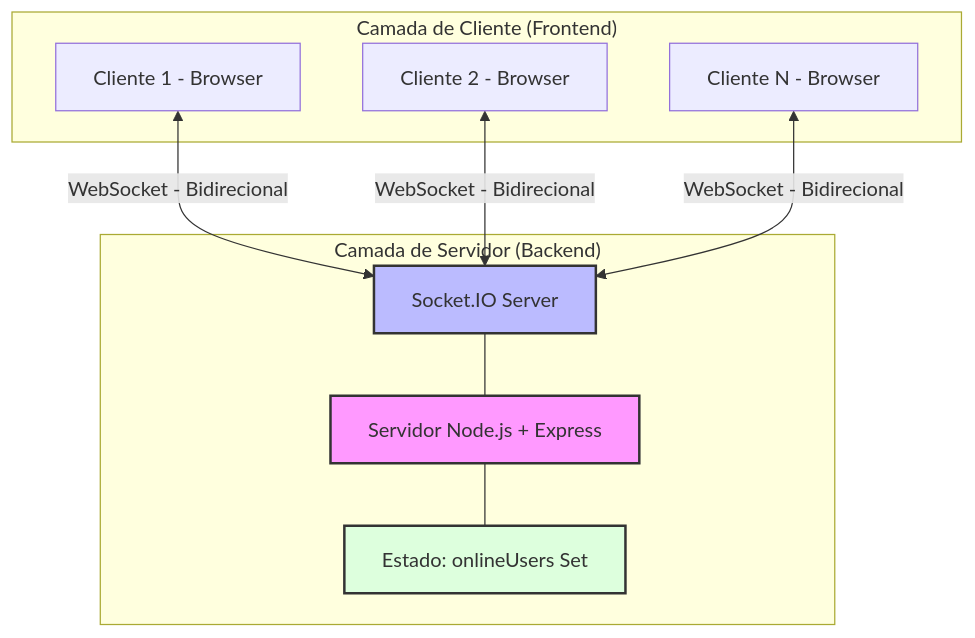
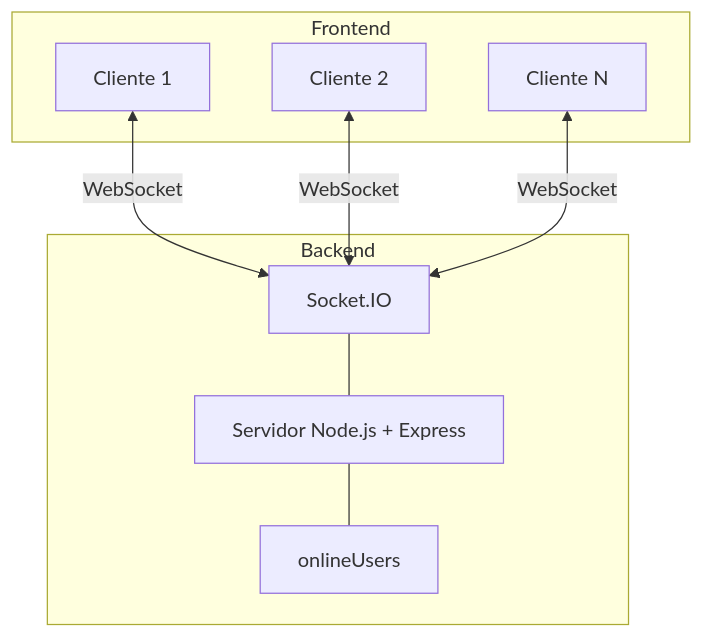
Before and after one commit to davigomes0/Distributed-Systems-Project: the first of 2 diagrams in README.md, drawn with Mermaid. The commit also changed other lines of this file, not shown here.

````diff
--- a/README.md
+++ b/README.md
@@ -64,25 +105,21 @@
 ```mermaid
 graph TD
-    subgraph "Camada de Cliente (Frontend)"
-        C1[Cliente 1 - Browser]
-        C2[Cliente 2 - Browser]
-        CN[Cliente N - Browser]
+    subgraph "Frontend"
+        C1[Cliente 1]
+        C2[Cliente 2]
+        CN[Cliente N]
     end
 
-    subgraph "Camada de Servidor (Backend)"
+    subgraph "Backend"
         S1[Servidor Node.js + Express]
-        W1[Socket.IO Server]
-        ST[Estado: onlineUsers Set]
+        WS[Socket.IO]
+        ST[onlineUsers]
     end
 
-    C1 <-->|WebSocket - Bidirecional| W1
-    C2 <-->|WebSocket - Bidirecional| W1
-    CN <-->|WebSocket - Bidirecional| W1
+    C1 <-->|WebSocket| WS
+    C2 <-->|WebSocket| WS
+    CN <-->|WebSocket| WS
 
-    W1 --- S1
+    WS --- S1
     S1 --- ST
-
-    style S1 fill:#f9f,stroke:#333,stroke-width:2px
-    style W1 fill:#bbf,stroke:#333,stroke-width:2px
-    style ST fill:#dfd,stroke:#333,stroke-width:2px
 ```
````
